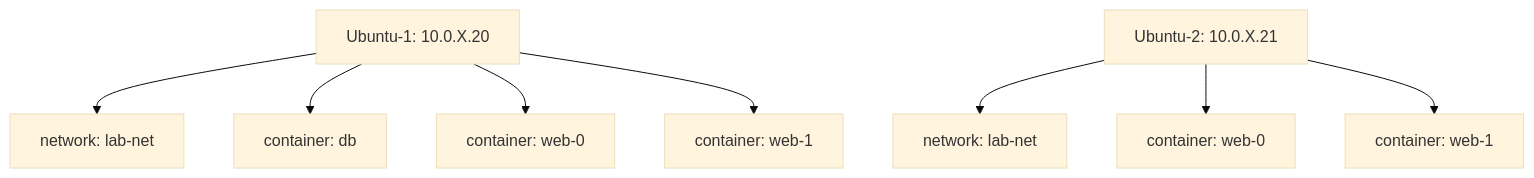
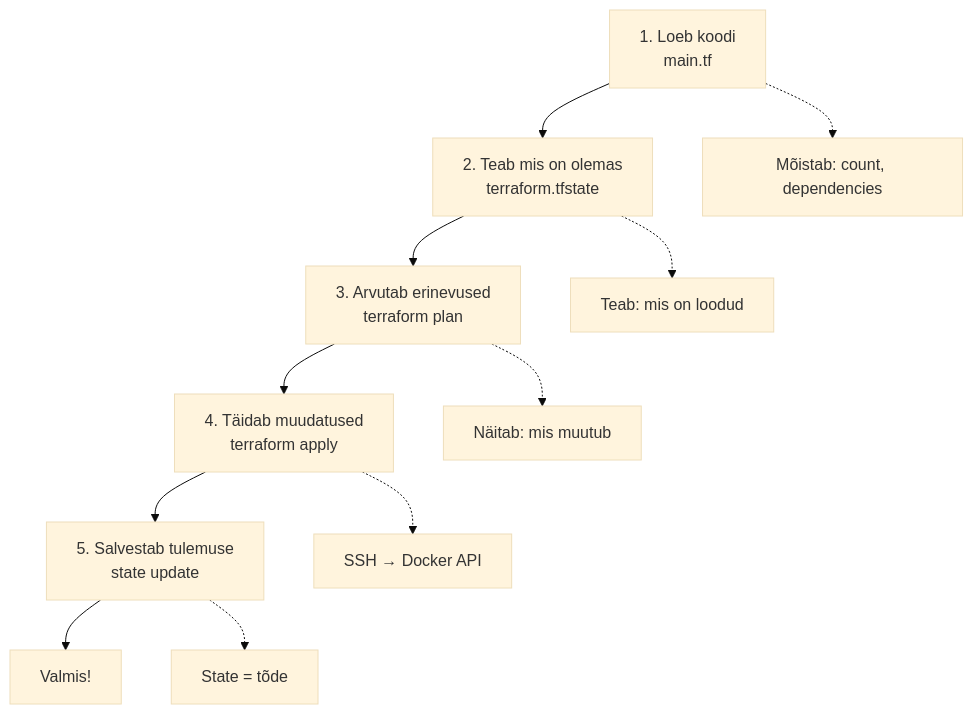
Before and after one commit to mtalvik/automatiseerimine_ext: the second of 2 diagrams in docs/terraform_advanced/labor.md, drawn with Mermaid (base theme). The commit also changed other lines of this file, not shown here.

First line of the commit message:
Revise Terraform Docker Labor documentation

````diff
--- a/docs/terraform_advanced/labor.md
+++ b/docs/terraform_advanced/labor.md
@@ -1033,14 +1231,14 @@
 ```mermaid
 graph TD
-    U1[Ubuntu-1: 10.0.X.20]
-    U2[Ubuntu-2: 10.0.X.21]
+    A[1. Loeb koodi<br/>main.tf] --> B[2. Teab mis on olemas<br/>terraform.tfstate]
+    B --> C[3. Arvutab erinevused<br/>terraform plan]
+    C --> D[4. Täidab muudatused<br/>terraform apply]
+    D --> E[5. Salvestab tulemuse<br/>state update]
+    E --> F[Valmis!]
     
-    U1 --> NET1[network: lab-net]
-    U1 --> DB[container: db]
-    U1 --> W10[container: web-0]
-    U1 --> W11[container: web-1]
-    
-    U2 --> NET2[network: lab-net]
-    U2 --> W20[container: web-0]
-    U2 --> W21[container: web-1]
+    A -.-> G[Mõistab: count, dependencies]
+    B -.-> H[Teab: mis on loodud]
+    C -.-> I[Näitab: mis muutub]
+    D -.-> J[SSH → Docker API]
+    E -.-> K[State = tõde]
 ```
````
